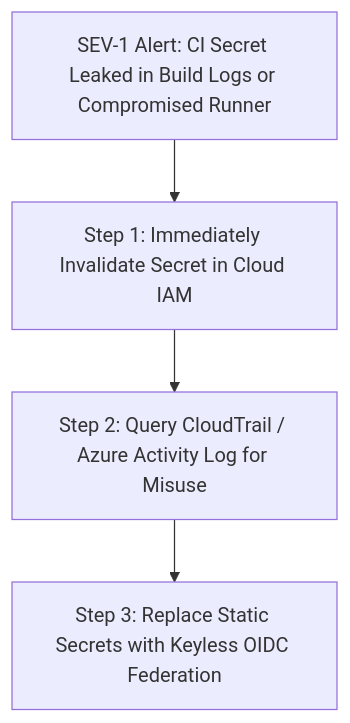
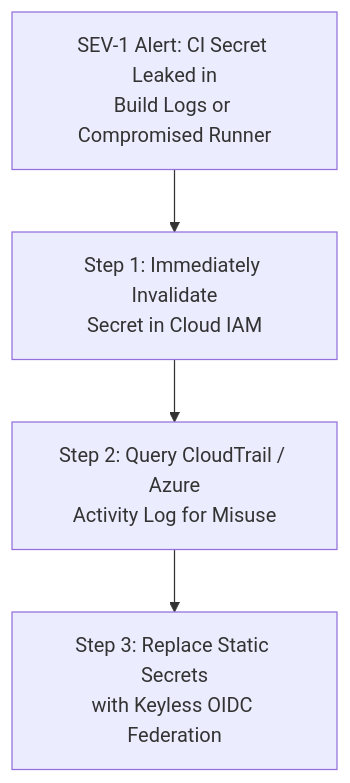
One commit to santoshjammi29/dataops-cicd-handbook changed the diagram in runbooks/05_ci_runner_credential_compromise_and_token_rotation.md. Above: the diagram before and after it, drawn with Mermaid. The commit also changed 11 other files, not shown here.

Commit message:
fix(diagrams): word-wrap labels and escape comparison operators across all diagrams

````diff
--- a/runbooks/05_ci_runner_credential_compromise_and_token_rotation.md
+++ b/runbooks/05_ci_runner_credential_compromise_and_token_rotation.md
@@ -12,6 +12,6 @@
 ```mermaid
 flowchart TD
-    Alert["SEV-1 Alert: CI Secret Leaked in Build Logs or Compromised Runner"] --> RevokeCreds["Step 1: Immediately Invalidate Secret in Cloud IAM"]
-    RevokeCreds --> AuditLogs["Step 2: Query CloudTrail / Azure Activity Log for Misuse"]
-    AuditLogs --> MigrateOIDC["Step 3: Replace Static Secrets with Keyless OIDC Federation"]
+    Alert["SEV-1 Alert: CI Secret Leaked in<br/>Build Logs or Compromised Runner"] --> RevokeCreds["Step 1: Immediately Invalidate<br/>Secret in Cloud IAM"]
+    RevokeCreds --> AuditLogs["Step 2: Query CloudTrail / Azure<br/>Activity Log for Misuse"]
+    AuditLogs --> MigrateOIDC["Step 3: Replace Static Secrets<br/>with Keyless OIDC Federation"]
 ```
````
